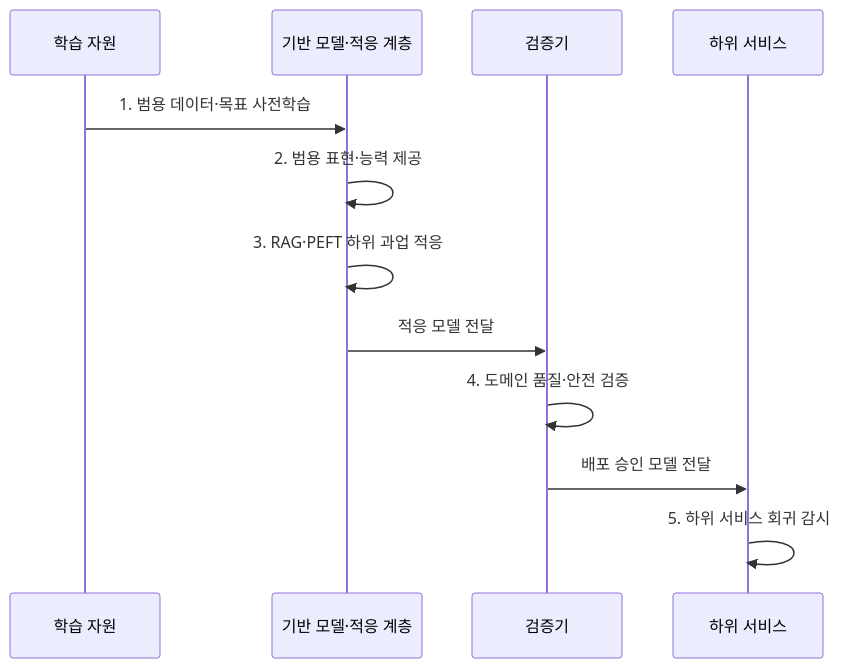
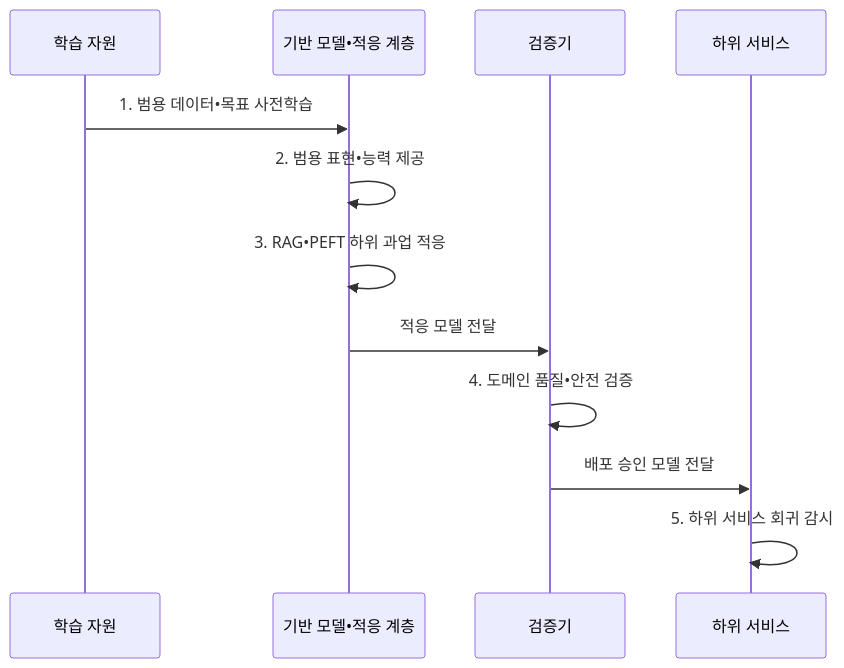
One commit to agnusdei1207/knowledge-base changed the second of 2 diagrams in src/content/docs/notes/08-latest-tech/026_foundation_model.md. Above: the diagram before and after it, drawn with Mermaid. The commit also changed other lines of this file and 953 other files, not shown here.

````diff
--- a/src/content/docs/notes/08-latest-tech/026_foundation_model.md
+++ b/src/content/docs/notes/08-latest-tech/026_foundation_model.md
@@ -107,14 +107,14 @@
 ```mermaid
 sequenceDiagram
     participant D as 학습 자원
-    participant M as 기반 모델·적응 계층
+    participant M as 기반 모델•적응 계층
     participant V as 검증기
     participant S as 하위 서비스
-    D->>M: 1. 범용 데이터·목표 사전학습
-    M->>M: 2. 범용 표현·능력 제공
-    M->>M: 3. RAG·PEFT 하위 과업 적응
+    D->>M: 1. 범용 데이터•목표 사전학습
+    M->>M: 2. 범용 표현•능력 제공
+    M->>M: 3. RAG•PEFT 하위 과업 적응
     M->>V: 적응 모델 전달
-    V->>V: 4. 도메인 품질·안전 검증
+    V->>V: 4. 도메인 품질•안전 검증
     V->>S: 배포 승인 모델 전달
     S->>S: 5. 하위 서비스 회귀 감시
 ```
````
